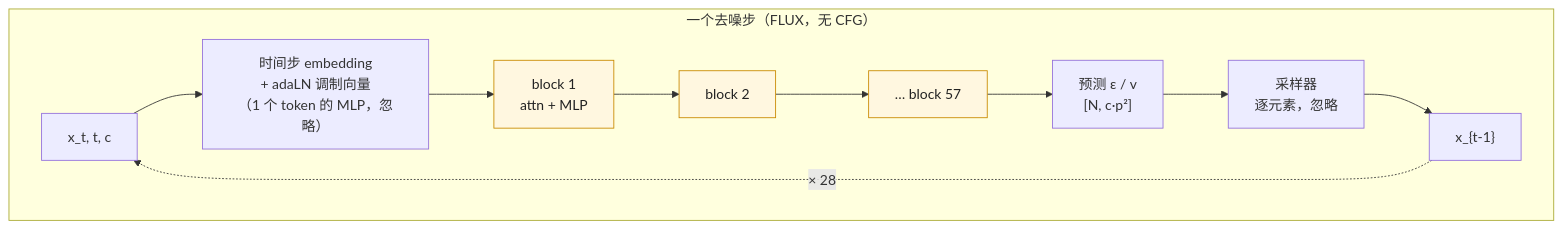
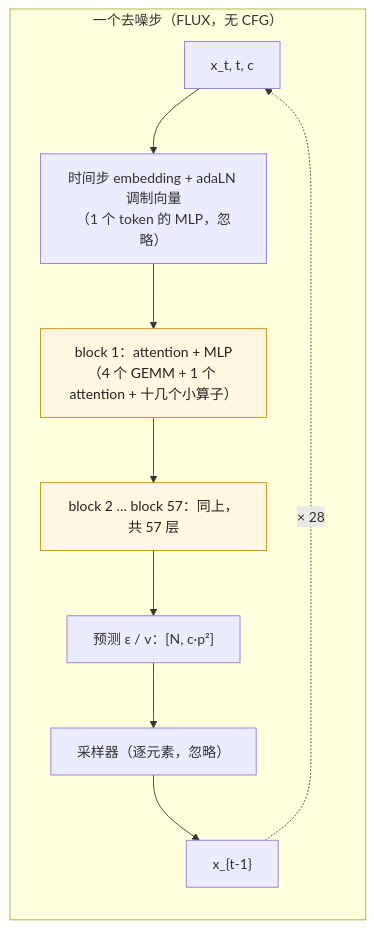
One commit to arganzheng/arganzheng.github.com changed the second of 3 diagrams in _drafts/diffusion-inference-workload-anatomy-and-cost-ledger.md. Above: the diagram before and after it, drawn with Mermaid. The commit also changed other lines of this file and 12 other files, not shown here.

Commit message:
扩散模型推理基础设施系列（草稿）：行内公式改 $$、图改纵向、L7 第六篇视频成本按 4LN²d 修正；AGENTS / 备忘录 V2.26

````diff
--- a/_drafts/diffusion-inference-workload-anatomy-and-cost-ledger.md
+++ b/_drafts/diffusion-inference-workload-anatomy-and-cost-ledger.md
@@ -135,18 +135,17 @@
 ```mermaid
-flowchart LR
+flowchart TB
     subgraph STEP["一个去噪步（FLUX，无 CFG）"]
-        direction LR
-        IN["x_t, t, c"] --> EMB["时间步 embedding
-+ adaLN 调制向量
+        direction TB
+        IN["x_t, t, c"] --> EMB["时间步 embedding + adaLN 调制向量
 （1 个 token 的 MLP，忽略）"]
-        EMB --> B1["block 1
-attn + MLP"] --> B2["block 2"] --> BN["… block 57"] --> OUT["预测 ε / v
-[N, c·p²]"]
-        OUT --> SOLVER["采样器
-逐元素，忽略"] --> NEXT["x_{t-1}"]
+        EMB --> B1["block 1：attention + MLP（4 个 GEMM + 1 个 attention + 十几个小算子）"]
+        B1 --> B2["block 2 … block 57：同上，共 57 层"]
+        B2 --> OUT["预测 ε / v：[N, c·p²]"]
+        OUT --> SOLVER["采样器（逐元素，忽略）"]
+        SOLVER --> NEXT["x_{t-1}"]
     end
     NEXT -. "× 28" .-> IN
 
     classDef dit fill:#fff7e0,stroke:#c98a00,color:#222
-    class B1,B2,BN dit
+    class B1,B2 dit
 ```
````
